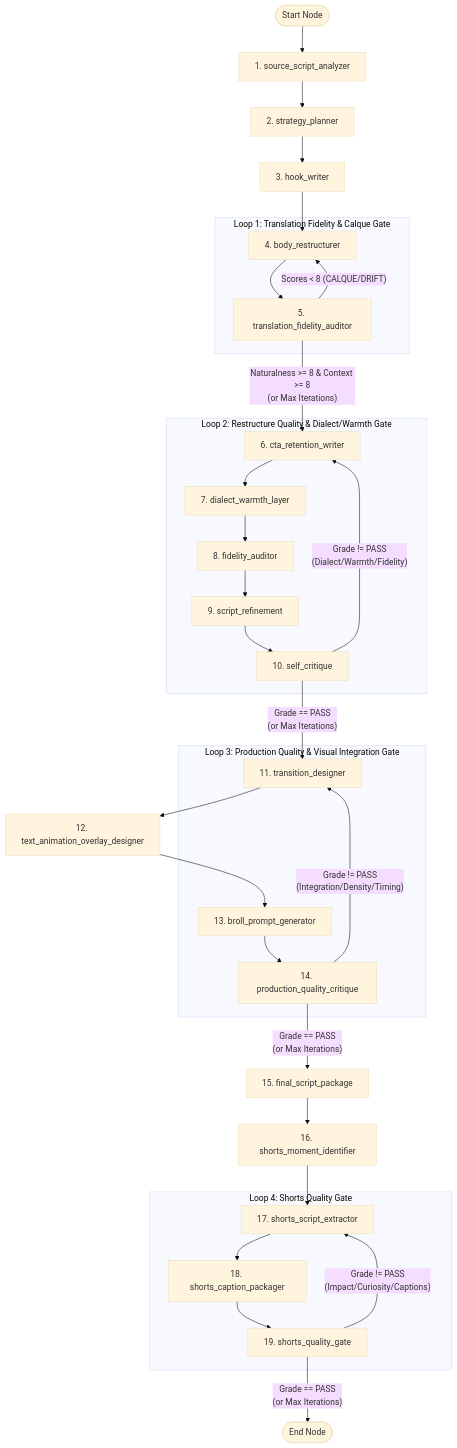
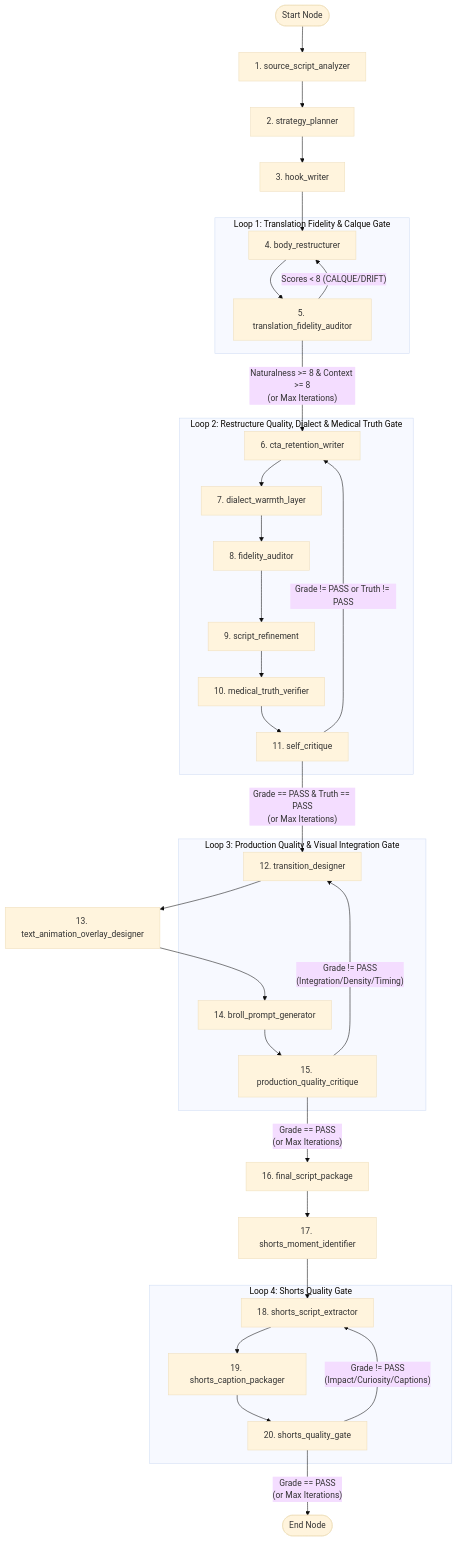
Before and after one commit to ahmedHosney600/Medical-Brain---English-subtitle-to-Ready-Production-video: the diagram in langgraph_workflow.md, drawn with Mermaid (base theme). The commit also changed other lines of this file and 45 other files, not shown here.

````diff
--- a/langgraph_workflow.md
+++ b/langgraph_workflow.md
@@ -34,43 +34,44 @@
 ```mermaid
 flowchart TD
     START([Start Node]) --> N1[1. source_script_analyzer]
     N1 --> N2[2. strategy_planner]
     N2 --> N3[3. hook_writer]
     N3 --> N4[4. body_restructurer]
     
     subgraph LOOP1 ["Loop 1: Translation Fidelity & Calque Gate"]
         N4 --> N5[5. translation_fidelity_auditor]
         N5 -- "Scores < 8 (CALQUE/DRIFT)" --> N4
     end
     
     N5 -- "Naturalness >= 8 & Context >= 8\n(or Max Iterations)" --> N6[6. cta_retention_writer]
     
-    subgraph LOOP2 ["Loop 2: Restructure Quality & Dialect/Warmth Gate"]
+    subgraph LOOP2 ["Loop 2: Restructure Quality, Dialect & Medical Truth Gate"]
         N6 --> N7[7. dialect_warmth_layer]
         N7 --> N8[8. fidelity_auditor]
         N8 --> N9[9. script_refinement]
-        N9 --> N10[10. self_critique]
-        N10 -- "Grade != PASS\n(Dialect/Warmth/Fidelity)" --> N6
+        N9 --> N10[10. medical_truth_verifier]
+        N10 --> N11[11. self_critique]
+        N11 -- "Grade != PASS or Truth != PASS" --> N6
     end
     
-    N10 -- "Grade == PASS\n(or Max Iterations)" --> N11[11. transition_designer]
-    N11 --> N12[12. text_animation_overlay_designer]
-    N12 --> N13[13. broll_prompt_generator]
+    N11 -- "Grade == PASS & Truth == PASS\n(or Max Iterations)" --> N12[12. transition_designer]
+    N12 --> N13[13. text_animation_overlay_designer]
+    N13 --> N14[14. broll_prompt_generator]
 
     subgraph LOOP3 ["Loop 3: Production Quality & Visual Integration Gate"]
-        N13 --> N14[14. production_quality_critique]
-        N14 -- "Grade != PASS\n(Integration/Density/Timing)" --> N11
+        N14 --> N15[15. production_quality_critique]
+        N15 -- "Grade != PASS\n(Integration/Density/Timing)" --> N12
     end
 
-    N14 -- "Grade == PASS\n(or Max Iterations)" --> N15[15. final_script_package]
-    N15 --> N16[16. shorts_moment_identifier]
-    N16 --> N17[17. shorts_script_extractor]
+    N15 -- "Grade == PASS\n(or Max Iterations)" --> N16[16. final_script_package]
+    N16 --> N17[17. shorts_moment_identifier]
+    N17 --> N18[18. shorts_script_extractor]
 
     subgraph LOOP4 ["Loop 4: Shorts Quality Gate"]
-        N17 --> N18[18. shorts_caption_packager]
-        N18 --> N19[19. shorts_quality_gate]
-        N19 -- "Grade != PASS\n(Impact/Curiosity/Captions)" --> N17
+        N18 --> N19[19. shorts_caption_packager]
+        N19 --> N20[20. shorts_quality_gate]
+        N20 -- "Grade != PASS\n(Impact/Curiosity/Captions)" --> N18
     end
 
-    N19 -- "Grade == PASS\n(or Max Iterations)" --> END([End Node])
+    N20 -- "Grade == PASS\n(or Max Iterations)" --> END([End Node])
 ```
````
